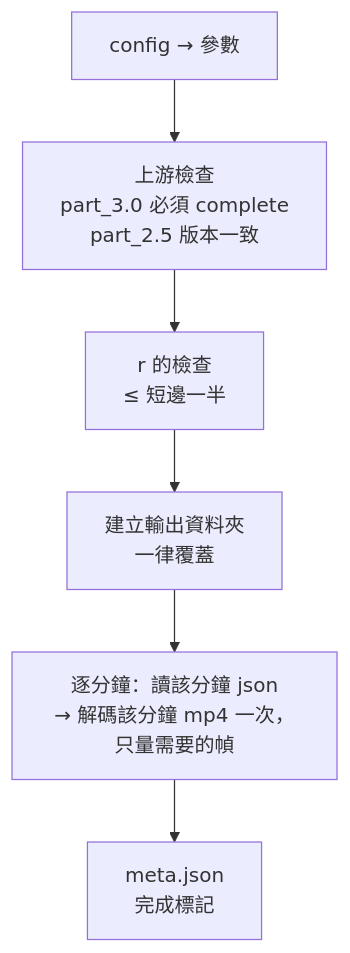
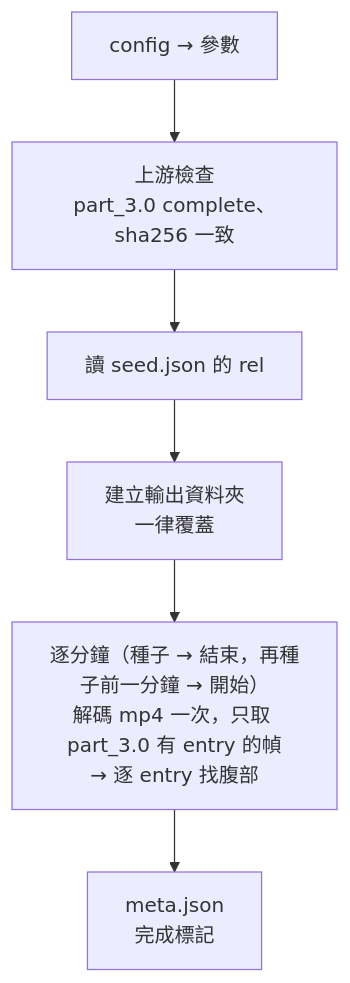
The second of 2 diagrams in src/part_4.0/README.md (anunnamedtank24/squid_video_analysis), drawn with Mermaid before and after one commit. The commit also changed other lines of this file and 415 other files, not shown here.

````diff
--- a/src/part_4.0/README.md
+++ b/src/part_4.0/README.md
@@ -78,8 +193,8 @@
 ```mermaid
 flowchart TD
-    A[config → 參數] --> B[上游檢查<br/>part_3.0 必須 complete<br/>part_2.5 版本一致]
-    B --> C[r 的檢查<br/>≤ 短邊一半]
+    A[config → 參數] --> B[上游檢查<br/>part_3.0 complete、sha256 一致]
+    B --> C[讀 seed.json 的 rel]
     C --> D[建立輸出資料夾<br/>一律覆蓋]
-    D --> E["逐分鐘：讀該分鐘 json<br/>→ 解碼該分鐘 mp4 一次，只量需要的幀"]
+    D --> E["逐分鐘（種子 → 結束，再種子前一分鐘 → 開始）<br/>解碼 mp4 一次，只取 part_3.0 有 entry 的幀<br/>→ 逐 entry 找腹部"]
     E --> F[meta.json<br/>完成標記]
 ```
````
